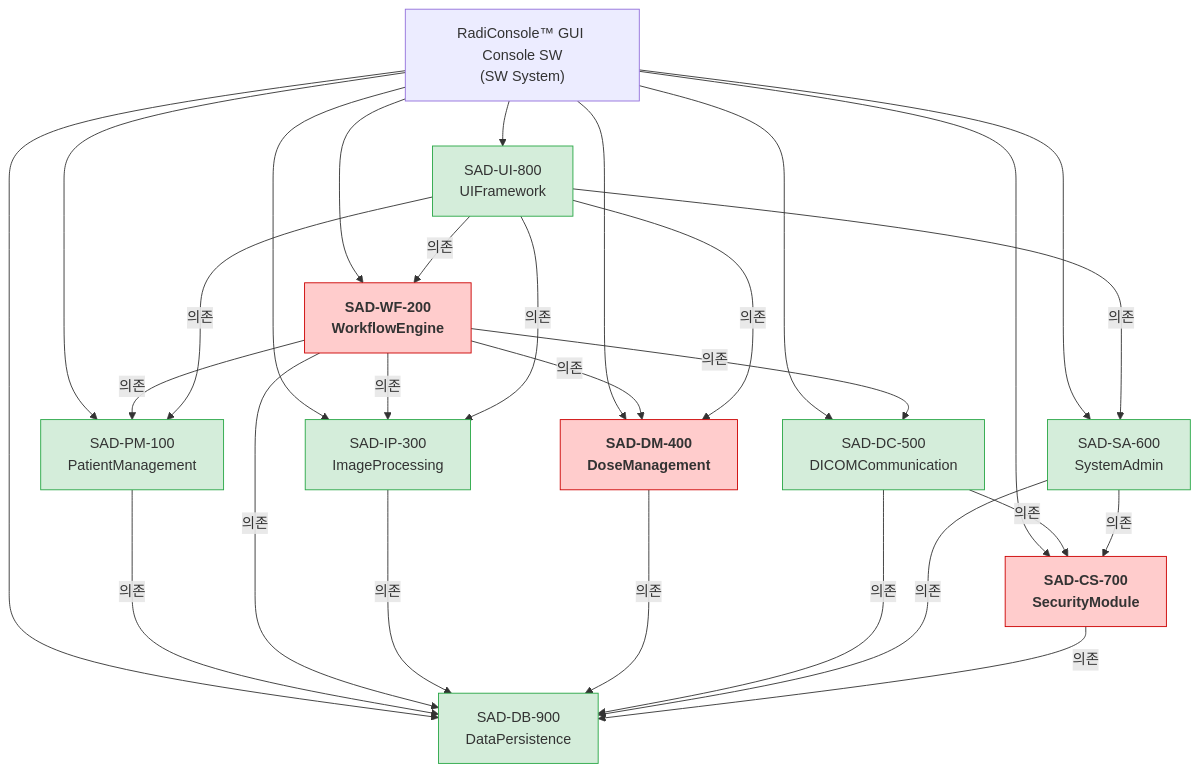
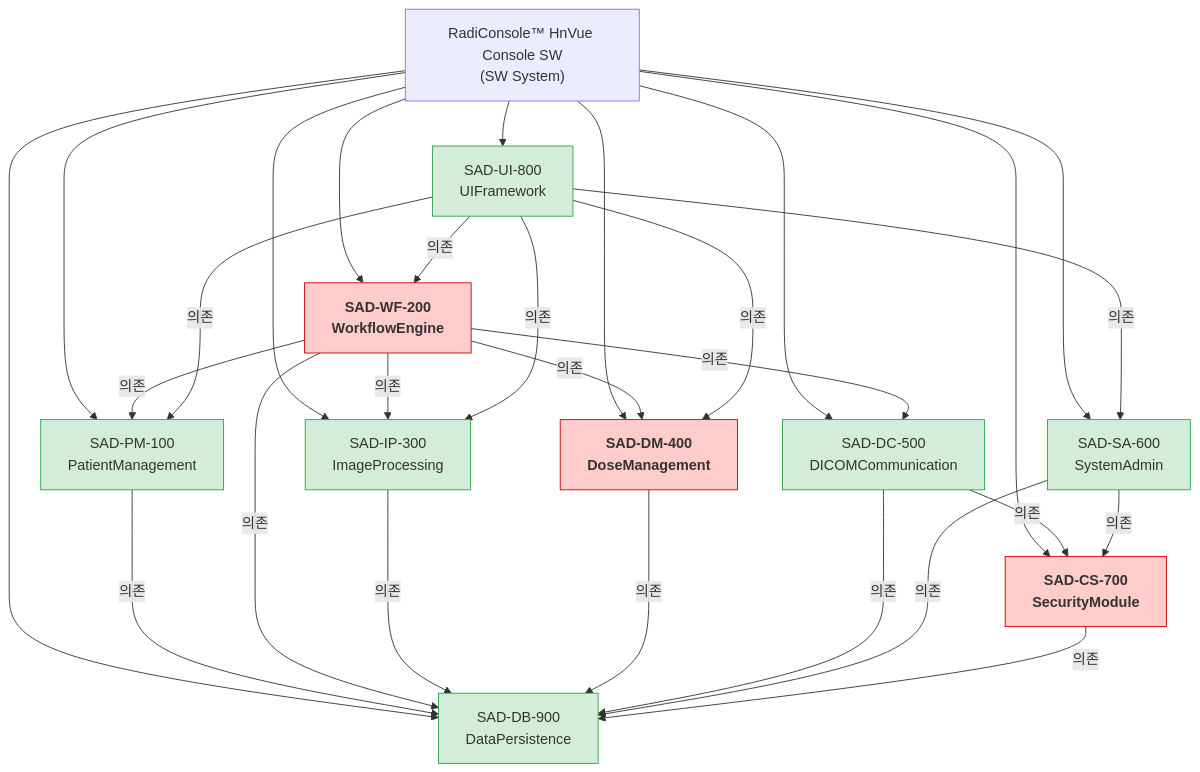
One commit to holee9/console-gui changed the sixth of 14 diagrams in docs/planning/DOC-006_SAD_v1.0.md. Above: the diagram before and after it, drawn with Mermaid. The commit also changed other lines of this file and 40 other files, not shown here.

````diff
--- a/docs/planning/DOC-006_SAD_v1.0.md
+++ b/docs/planning/DOC-006_SAD_v1.0.md
@@ -384,27 +384,27 @@
 ```mermaid
 graph TD
-    ROOT["RadiConsole™ GUI Console SW<br/>(SW System)"]
+    ROOT["RadiConsole™ HnVue Console SW<br/>(SW System)"]
     ROOT --> PM["SAD-PM-100<br/>PatientManagement"]
     ROOT --> WF["SAD-WF-200<br/>WorkflowEngine"]
     ROOT --> IP["SAD-IP-300<br/>ImageProcessing"]
     ROOT --> DM["SAD-DM-400<br/>DoseManagement"]
     ROOT --> DC["SAD-DC-500<br/>DICOMCommunication"]
     ROOT --> SA["SAD-SA-600<br/>SystemAdmin"]
     ROOT --> CS["SAD-CS-700<br/>SecurityModule"]
     ROOT --> UI["SAD-UI-800<br/>UIFramework"]
     ROOT --> DB["SAD-DB-900<br/>DataPersistence"]
 
     PM -->|의존| DB
     WF -->|의존| PM & IP & DM & DC & DB
     IP -->|의존| DB
     DM -->|의존| DB
     DC -->|의존| DB & CS
     SA -->|의존| DB & CS
     CS -->|의존| DB
     UI -->|의존| PM & WF & IP & DM & SA
 
     classDef safety fill:#ffcccc,stroke:#cc0000,font-weight:bold
     classDef normal fill:#d4edda,stroke:#28a745
     class WF,DM,CS safety
     class PM,IP,DC,SA,UI,DB normal
 ```
````
